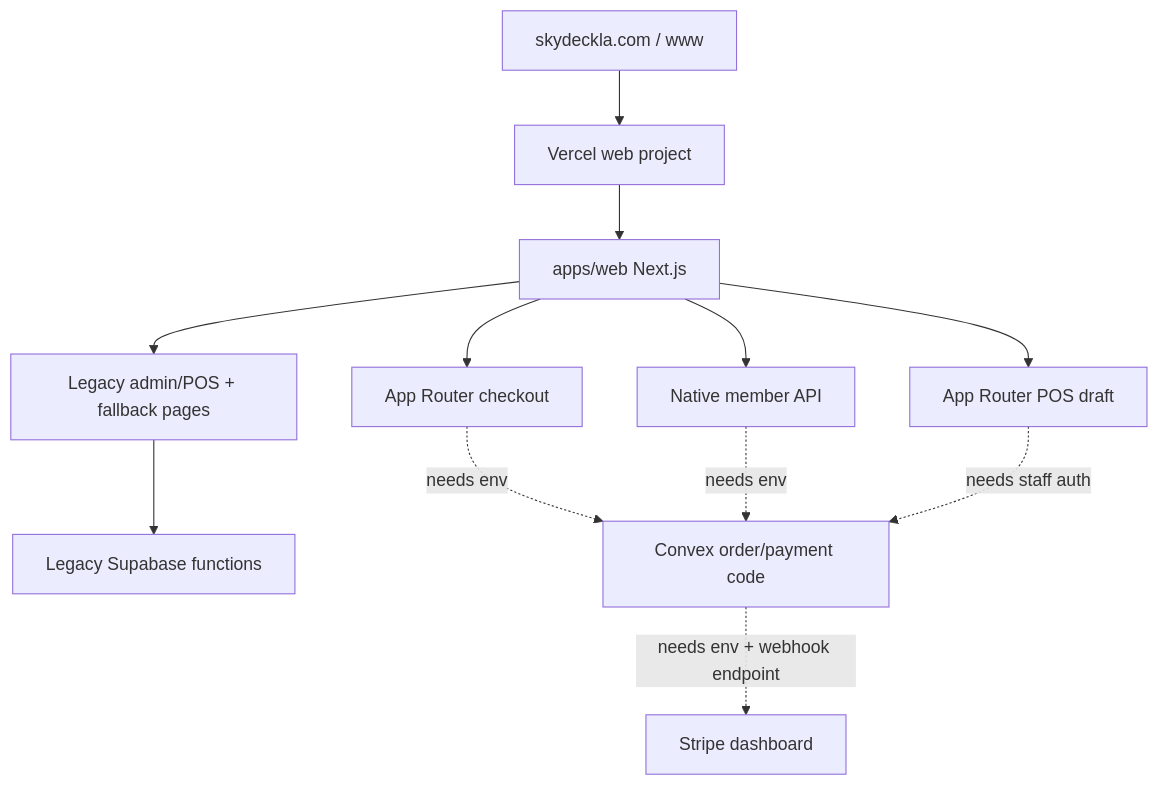
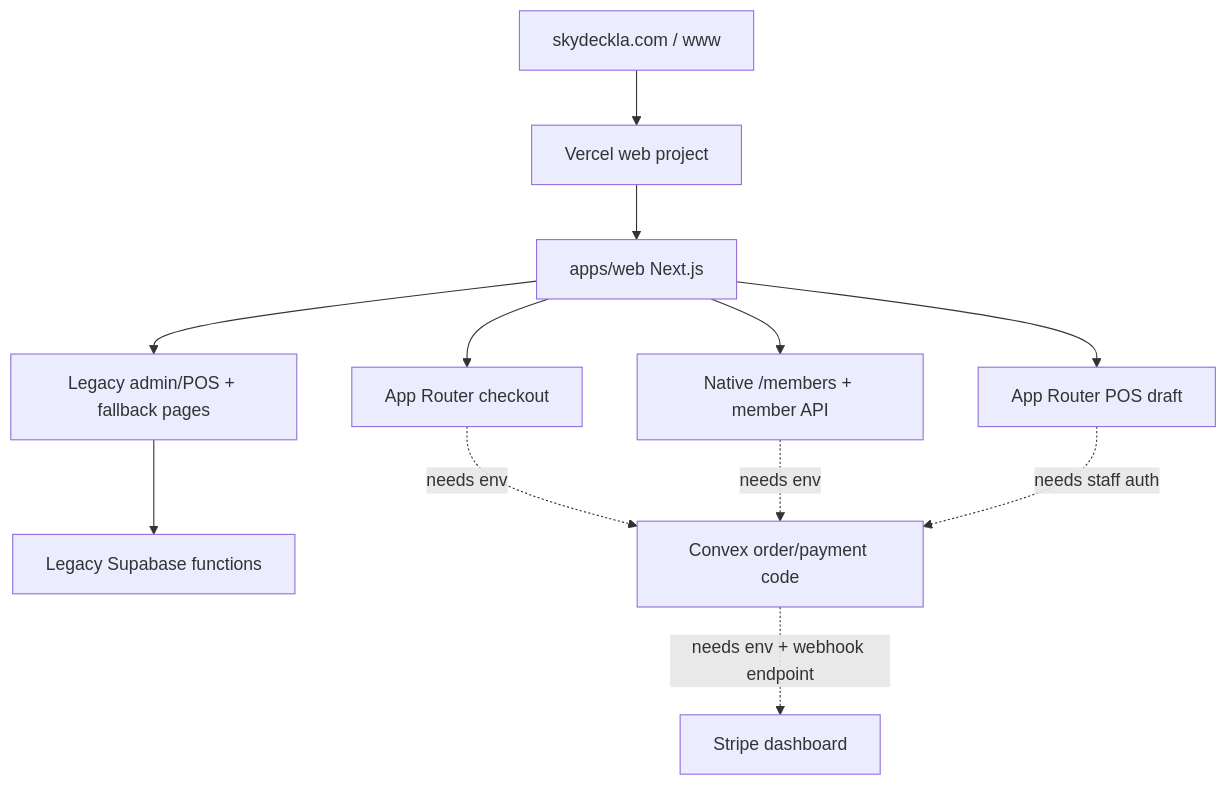
One commit to junyengit/skyla changed the diagram in docs/runbooks/production-readiness-checklist.md. Above: the diagram before and after it, drawn with Mermaid. The commit also changed other lines of this file and 16 other files, not shown here.

````diff
--- a/docs/runbooks/production-readiness-checklist.md
+++ b/docs/runbooks/production-readiness-checklist.md
@@ -95,22 +95,22 @@
 ```mermaid
 flowchart TD
   domain["skydeckla.com / www"]
   vercel["Vercel web project"]
   next["apps/web Next.js"]
   checkout["App Router checkout"]
-  members["Native member API"]
+  members["Native /members + member API"]
   posNext["App Router POS draft"]
   legacy["Legacy admin/POS + fallback pages"]
   supabase["Legacy Supabase functions"]
   convex["Convex order/payment code"]
   stripe["Stripe dashboard"]
 
   domain --> vercel --> next --> checkout
   next --> members
   next --> posNext
   next --> legacy --> supabase
   checkout -. "needs env" .-> convex
   members -. "needs env" .-> convex
   posNext -. "needs staff auth" .-> convex
   convex -. "needs env + webhook endpoint" .-> stripe
 ```
````
